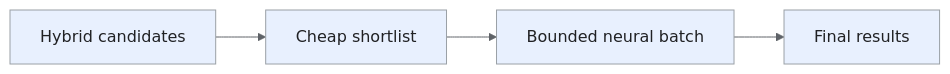
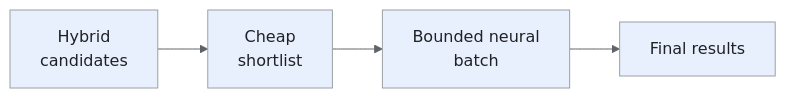
Before and after one commit to iliazlobin/iliazlobin.github.io: the fourth of 6 diagrams in _designs/system-design-ml-search-ranking-web-search.md, drawn with Mermaid. The commit also changed other lines of this file and 116 other files, not shown here.

````diff
--- a/_designs/system-design-ml-search-ranking-web-search.md
+++ b/_designs/system-design-ml-search-ranking-web-search.md
@@ -268,12 +296,12 @@
 ```mermaid
 %%{init: {'theme':'base','themeVariables':{'primaryColor':'#e8f0fe','primaryTextColor':'#202124','primaryBorderColor':'#9aa0a6','lineColor':'#5f6368','secondaryColor':'#e6f4ea','tertiaryColor':'#fef7e0','actorBkg':'#e8f0fe','actorBorder':'#9aa0a6','actorTextColor':'#202124','noteBkgColor':'#fef7e0','noteTextColor':'#202124','noteBorderColor':'#9aa0a6','signalColor':'#5f6368','signalTextColor':'#202124','labelBoxBkgColor':'#fef7e0','labelBoxBorderColor':'#9aa0a6'}}}%%
 flowchart LR
-    A["Hybrid candidates"] --> B["Cheap shortlist"]
-    B --> C["Bounded neural batch"]
+    A["Hybrid<br>candidates"] --> B["Cheap<br>shortlist"]
+    B --> C["Bounded neural<br>batch"]
     C --> D["Final results"]
 classDef request fill:#e8f0fe,stroke:#9aa0a6,color:#202124;
 classDef data fill:#e6f4ea,stroke:#9aa0a6,color:#202124;
 classDef control fill:#fef7e0,stroke:#9aa0a6,color:#202124;
 class A,B,C,D request;
 
 ```
````
